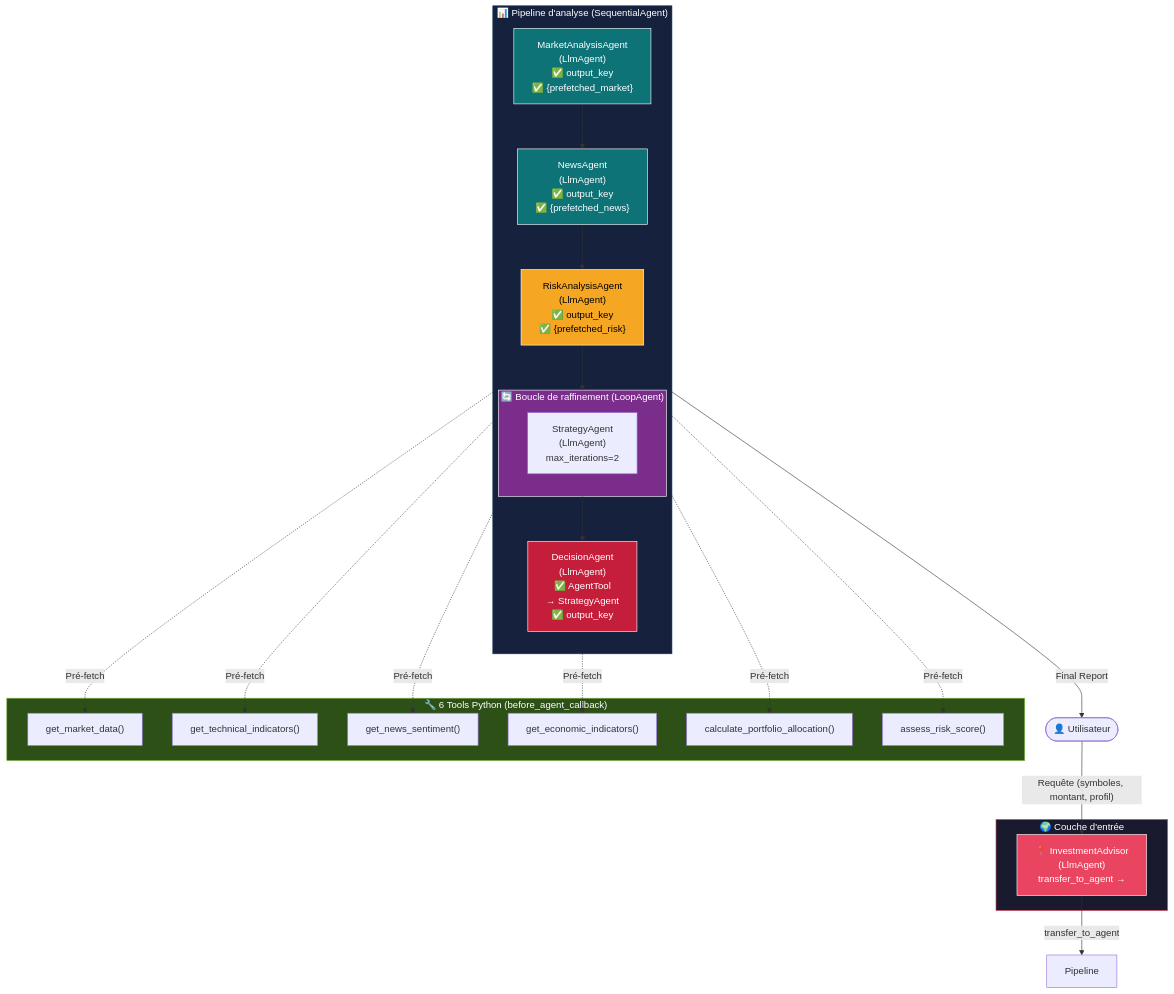
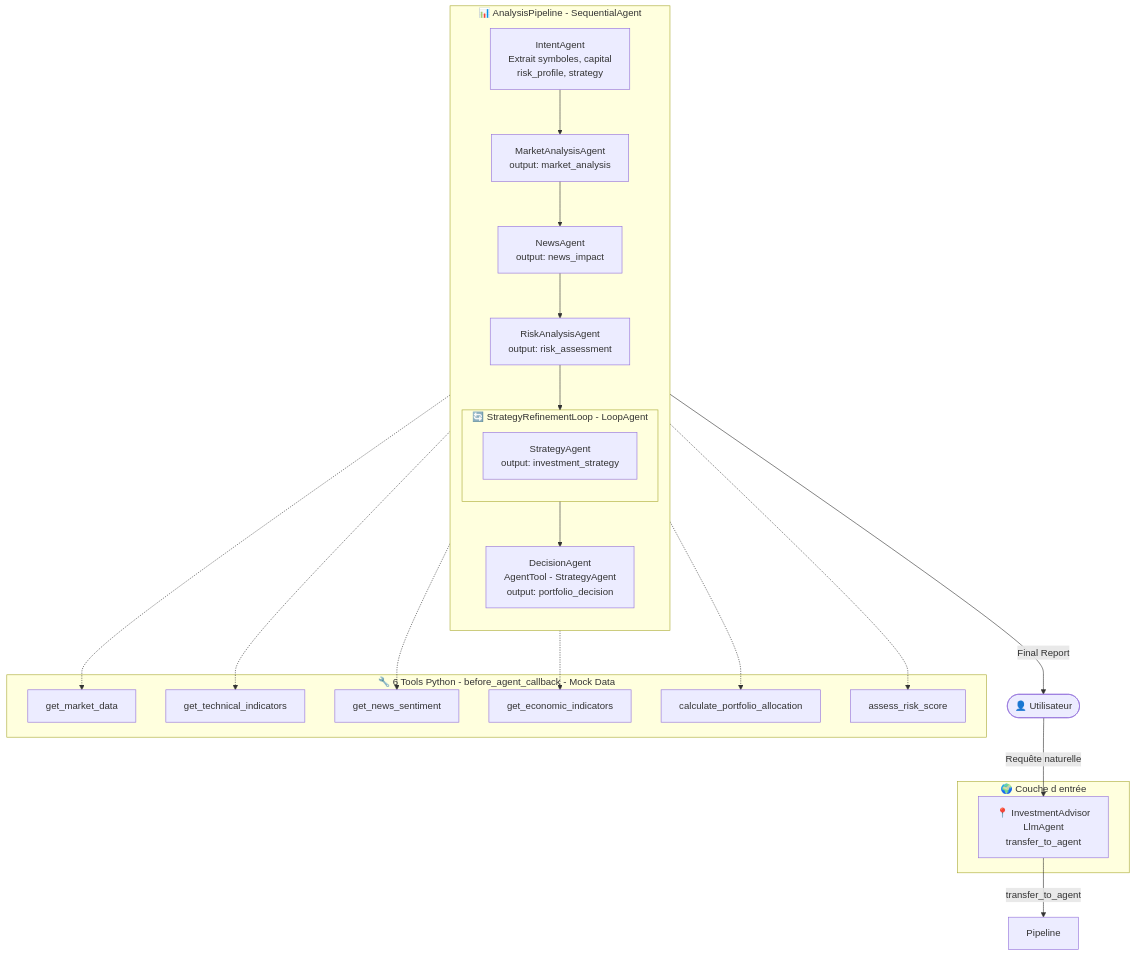
One commit to GARRADHICHAM/TP-Projet-Multi-Agents-ADK changed the diagram in README.md. Above: the diagram before and after it, drawn with Mermaid. The commit also changed other lines of this file and 17 other files, not shown here.

Commit message:
fix: detect symbols from intent_data in test_pipeline

````diff
--- a/README.md
+++ b/README.md
@@ -57,58 +132,48 @@
 ```mermaid
 graph TD
     User(["👤 Utilisateur"])
-    User -->|"Requête (symboles, montant, profil)"| Root
+    User -->|"Requête naturelle"| Root
 
-    subgraph ROOT["🌍 Couche d'entrée"]
-        Root["📍 InvestmentAdvisor<br/>(LlmAgent)<br/>transfer_to_agent →"]
+    subgraph ROOT["🌍 Couche d entrée"]
+        Root["📍 InvestmentAdvisor<br/>LlmAgent<br/>transfer_to_agent"]
     end
 
     Root -->|"transfer_to_agent"| Pipeline
 
-    subgraph SEQ["📊 Pipeline d'analyse (SequentialAgent)"]
+    subgraph SEQ["📊 AnalysisPipeline - SequentialAgent"]
         direction TB
+        I["IntentAgent<br/>Extrait symboles, capital<br/>risk_profile, strategy"]
+        M["MarketAnalysisAgent<br/>output: market_analysis"]
+        N["NewsAgent<br/>output: news_impact"]
+        R["RiskAnalysisAgent<br/>output: risk_assessment"]
 
-        M["MarketAnalysisAgent<br/>(LlmAgent)<br/>✅ output_key<br/>✅ {prefetched_market}"]
-        N["NewsAgent<br/>(LlmAgent)<br/>✅ output_key<br/>✅ {prefetched_news}"]
-        R["RiskAnalysisAgent<br/>(LlmAgent)<br/>✅ output_key<br/>✅ {prefetched_risk}"]
-
-        subgraph LOOP["🔄 Boucle de raffinement (LoopAgent)"]
-            S["StrategyAgent<br/>(LlmAgent)<br/>max_iterations=2"]
+        subgraph LOOP["🔄 StrategyRefinementLoop - LoopAgent"]
+            S["StrategyAgent<br/>output: investment_strategy"]
         end
 
-        D["DecisionAgent<br/>(LlmAgent)<br/>✅ AgentTool<br/>→ StrategyAgent<br/>✅ output_key"]
+        D["DecisionAgent<br/>AgentTool - StrategyAgent<br/>output: portfolio_decision"]
     end
 
+    I --> M
     M --> N
     N --> R
     R --> LOOP
     LOOP --> D
     D -->|"Final Report"| User
 
-    subgraph TOOLS["🔧 6 Tools Python (before_agent_callback)"]
-        T1["get_market_data()"]
-        T2["get_technical_indicators()"]
-        T3["get_news_sentiment()"]
-        T4["get_economic_indicators()"]
-        T5["calculate_portfolio_allocation()"]
-        T6["assess_risk_score()"]
+    subgraph TOOLS["🔧 6 Tools Python - before_agent_callback - Mock Data"]
+        T1["get_market_data"]
+        T2["get_technical_indicators"]
+        T3["get_news_sentiment"]
+        T4["get_economic_indicators"]
+        T5["calculate_portfolio_allocation"]
+        T6["assess_risk_score"]
     end
 
-    M -.->|"Pré-fetch"| T1
-    M -.->|"Pré-fetch"| T2
-    N -.->|"Pré-fetch"| T3
-    N -.->|"Pré-fetch"| T4
-    R -.->|"Pré-fetch"| T6
-    S -.->|"Pré-fetch"| T5
-
-    style ROOT fill:#1a1a2e,stroke:#e94560,color:#fff
-    style SEQ fill:#16213e,stroke:#0f3460,color:#fff
-    style LOOP fill:#0f3460,stroke:#e94560,color:#fff
-    style TOOLS fill:#2d5016,stroke:#7cb342,color:#fff
-    style Root fill:#e94560,stroke:#fff,color:#fff
-    style M fill:#0d7377,stroke:#fff,color:#fff
-    style N fill:#0d7377,stroke:#fff,color:#fff
-    style R fill:#f5a623,stroke:#fff,color:#000
-    style LOOP fill:#7b2d8b,stroke:#fff,color:#fff
-    style D fill:#c41e3a,stroke:#fff,color:#fff
+    M -.-> T1
+    M -.-> T2
+    N -.-> T3
+    N -.-> T4
+    R -.-> T6
+    S -.-> T5
 ```
````
